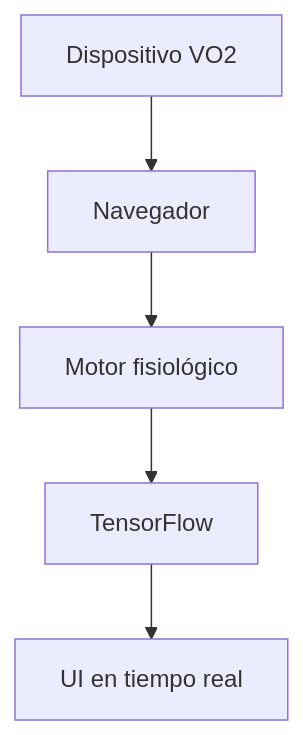
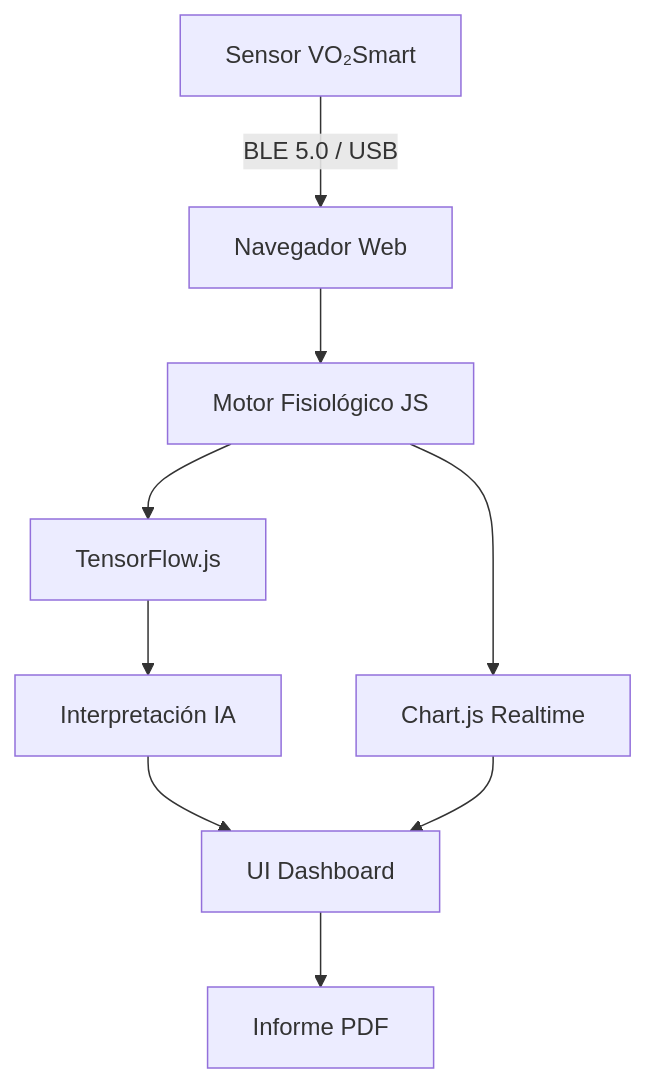
The fourth of 4 diagrams in README.md (Csav20/Vo2Smart-Interfaz), drawn with Mermaid before and after one commit. The commit also changed other lines of this file and 3 other files, not shown here.

````diff
--- a/README.md
+++ b/README.md
@@ -205,7 +155,11 @@
 ```mermaid
 flowchart TD
-A[Dispositivo VO2] --> B[Navegador]
-B --> C[Motor fisiológico]
-C --> D[TensorFlow]
-D --> E[UI en tiempo real]
+    A[Sensor VO₂Smart] -->|BLE 5.0 / USB| B[Navegador Web]
+    B --> C[Motor Fisiológico JS]
+    C --> D[TensorFlow.js]
+    C --> E[Chart.js Realtime]
+    D --> F[Interpretación IA]
+    F --> G[UI Dashboard]
+    E --> G
+    G --> H[Informe PDF]
 ```
````
